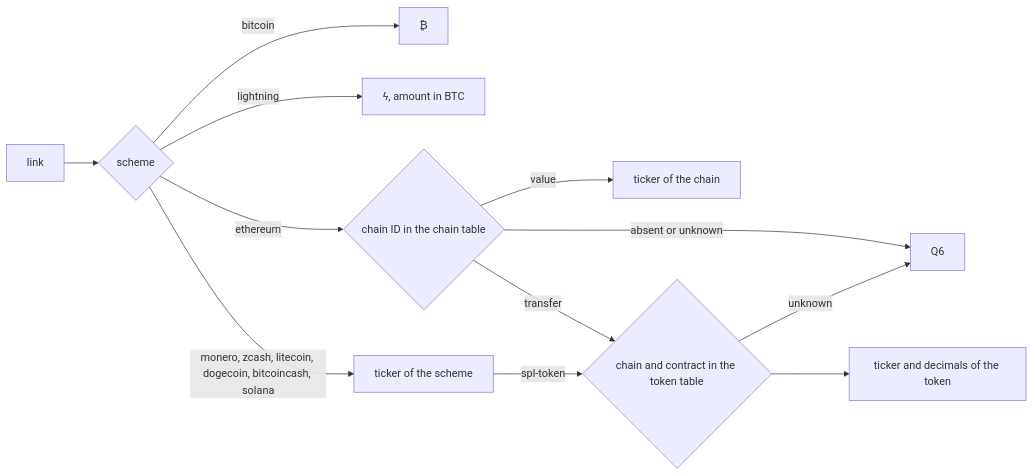
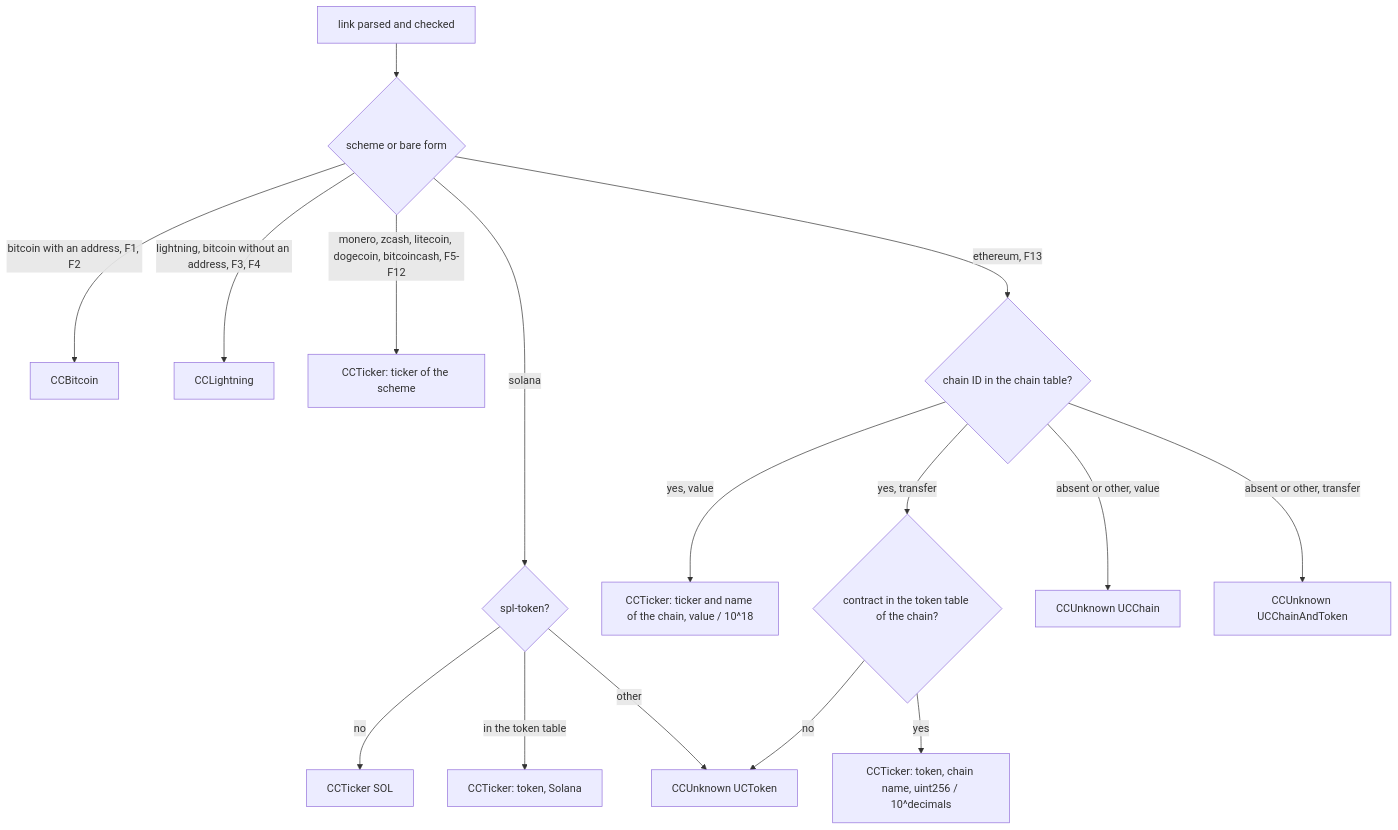
Before and after one commit to simplex-chat/simplex-chat: the third of 7 diagrams in plans/2026-11-22-payment-addresses.md, drawn with Mermaid. The commit also changed other lines of this file, not shown here.

Commit message:
core: payment addresses plan resolves currencies into ChainAddress

````diff
--- a/plans/2026-11-22-payment-addresses.md
+++ b/plans/2026-11-22-payment-addresses.md
@@ -446,14 +398,18 @@
 ```mermaid
-flowchart LR
-  L[link] --> S{scheme}
-  S -->|bitcoin| B[₿]
-  S -->|lightning| N[ϟ, amount in BTC]
-  S -->|monero, zcash, litecoin, dogecoin, bitcoincash, solana| T[ticker of the scheme]
-  S -->|ethereum| C{chain ID in the chain table}
-  C -->|value| V[ticker of the chain]
-  C -->|transfer| K{chain and contract in the token table}
-  T -->|spl-token| K
-  K --> TK[ticker and decimals of the token]
-  C -->|absent or unknown| Q[Q6]
-  K -->|unknown| Q
+flowchart TD
+  P["link parsed and checked"] --> S{"scheme or bare form"}
+  S -->|"bitcoin with an address, F1, F2"| B["CCBitcoin"]
+  S -->|"lightning, bitcoin without an address, F3, F4"| N["CCLightning"]
+  S -->|"monero, zcash, litecoin, dogecoin, bitcoincash, F5-F12"| T["CCTicker: ticker of the scheme"]
+  S -->|solana| SP{"spl-token?"}
+  SP -->|no| SOL["CCTicker SOL"]
+  SP -->|"in the token table"| ST["CCTicker: token, Solana"]
+  SP -->|other| UT["CCUnknown UCToken"]
+  S -->|"ethereum, F13"| C{"chain ID in the chain table?"}
+  C -->|"yes, value"| CV["CCTicker: ticker and name of the chain, value / 10^18"]
+  C -->|"yes, transfer"| K{"contract in the token table of the chain?"}
+  K -->|yes| KT["CCTicker: token, chain name, uint256 / 10^decimals"]
+  K -->|no| UT
+  C -->|"absent or other, value"| UC["CCUnknown UCChain"]
+  C -->|"absent or other, transfer"| UCT["CCUnknown UCChainAndToken"]
 ```
````
